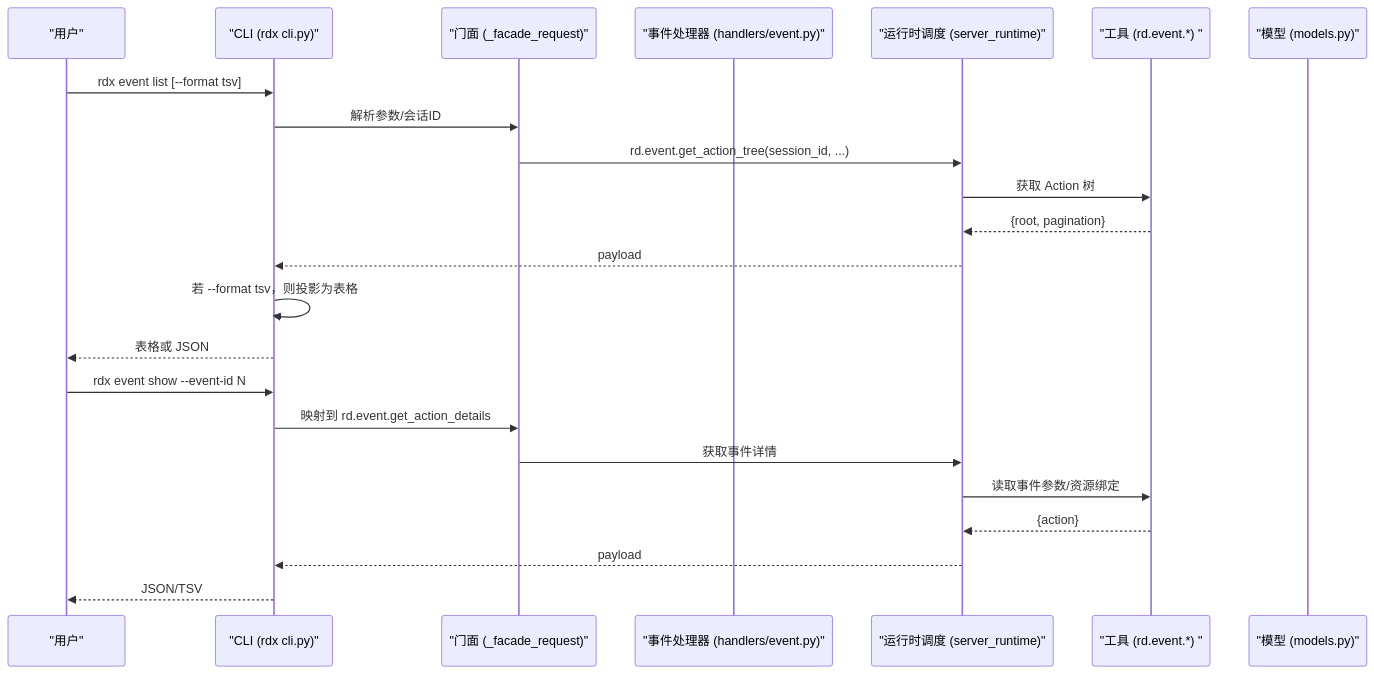
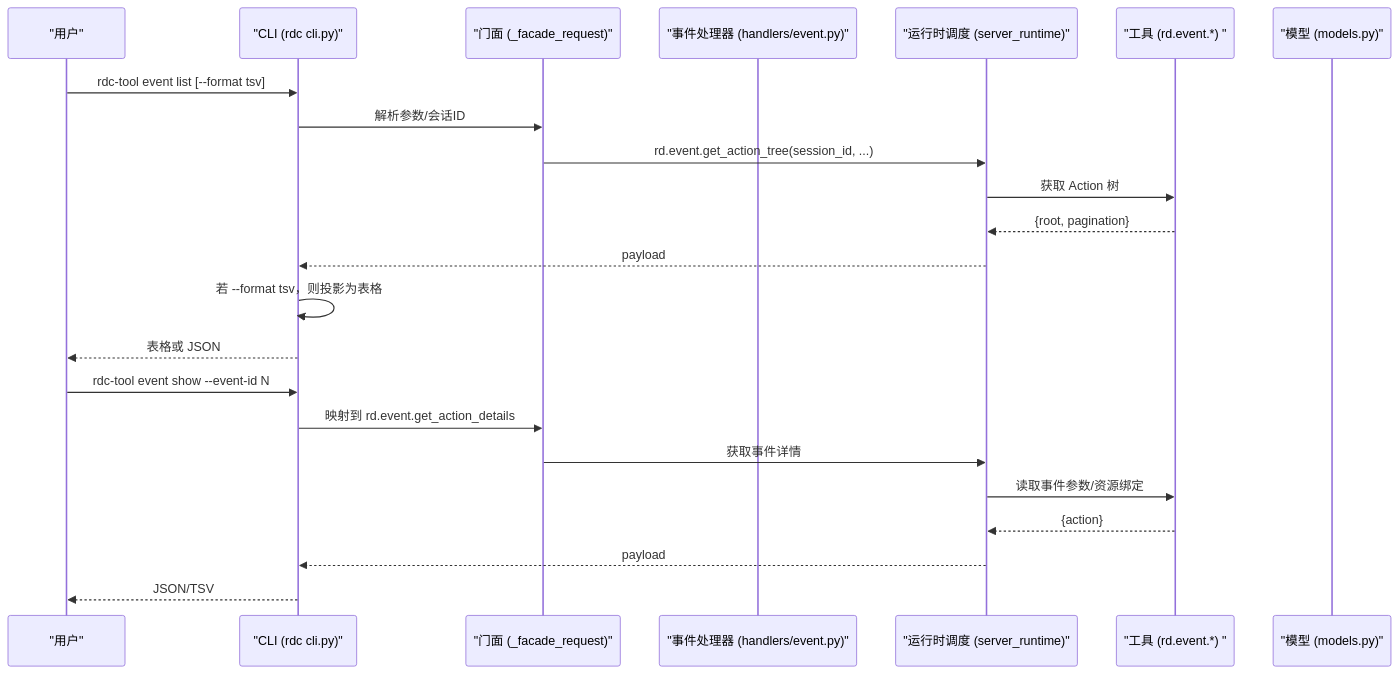
One commit to haolange/RDC-Tool changed the second of 7 diagrams in .qoder/repowiki/zh/content/CLI参考手册/事件浏览命令.md. Above: the diagram before and after it, drawn with Mermaid. The commit also changed other lines of this file and 388 other files, not shown here.

First line of the commit message:
Release RDC-Tool identity and public maintenance surface

````diff
--- a/.qoder/repowiki/zh/content/CLI参考手册/事件浏览命令.md
+++ b/.qoder/repowiki/zh/content/CLI参考手册/事件浏览命令.md
@@ -78,25 +78,25 @@
 ```mermaid
 sequenceDiagram
 participant U as "用户"
-participant C as "CLI (rdx cli.py)"
+participant C as "CLI (rdc cli.py)"
 participant F as "门面 (_facade_request)"
 participant H as "事件处理器 (handlers/event.py)"
 participant R as "运行时调度 (server_runtime)"
 participant T as "工具 (rd.event.*) "
 participant M as "模型 (models.py)"
-U->>C : rdx event list [--format tsv]
+U->>C : rdc-tool event list [--format tsv]
 C->>F : 解析参数/会话ID
 F->>R : rd.event.get_action_tree(session_id, ...)
 R->>T : 获取 Action 树
 T-->>R : {root, pagination}
 R-->>C : payload
 C->>C : 若 --format tsv，则投影为表格
 C-->>U : 表格或 JSON
-U->>C : rdx event show --event-id N
+U->>C : rdc-tool event show --event-id N
 C->>F : 映射到 rd.event.get_action_details
 F->>R : 获取事件详情
 R->>T : 读取事件参数/资源绑定
 T-->>R : {action}
 R-->>C : payload
 C-->>U : JSON/TSV
 ```
````
